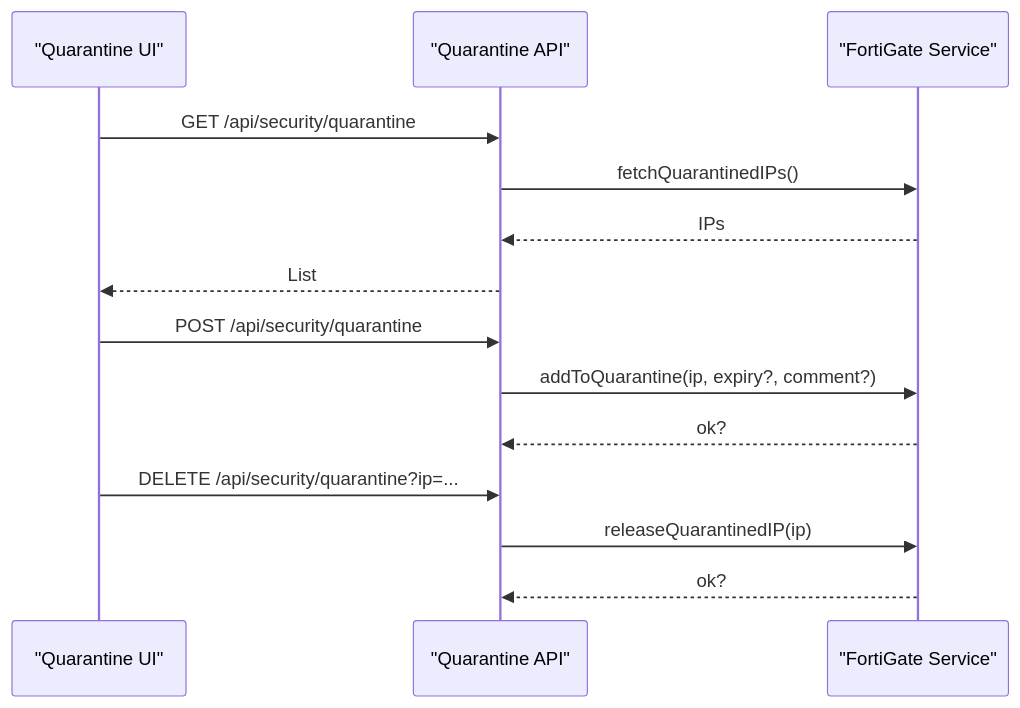
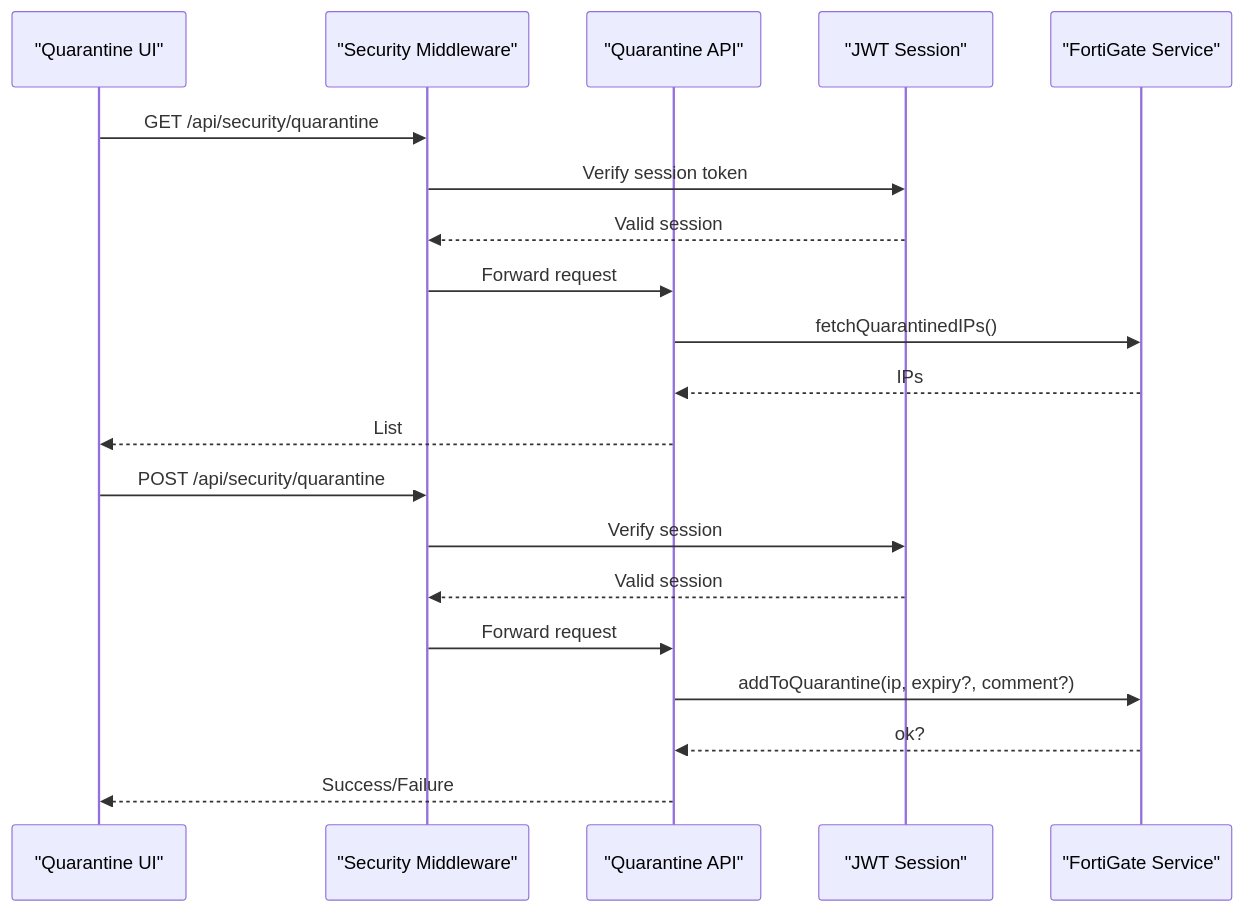
One commit to celebigilfatih/infrascope changed the seventh of 10 diagrams in .qoder/repowiki/en/content/Security Management/Security Management.md. Above: the diagram before and after it, drawn with Mermaid. The commit also changed other lines of this file and 12 other files, not shown here.

First line of the commit message:
feat(api): add authentication, license management, and enhanced security middleware

````diff
--- a/.qoder/repowiki/en/content/Security Management/Security Management.md
+++ b/.qoder/repowiki/en/content/Security Management/Security Management.md
@@ -188,16 +351,22 @@
 ```mermaid
 sequenceDiagram
 participant UI as "Quarantine UI"
+participant MW as "Security Middleware"
 participant API as "Quarantine API"
+participant Session as "JWT Session"
 participant FG as "FortiGate Service"
-UI->>API : GET /api/security/quarantine
+UI->>MW : GET /api/security/quarantine
+MW->>Session : Verify session token
+Session-->>MW : Valid session
+MW->>API : Forward request
 API->>FG : fetchQuarantinedIPs()
 FG-->>API : IPs
 API-->>UI : List
-UI->>API : POST /api/security/quarantine
+UI->>MW : POST /api/security/quarantine
+MW->>Session : Verify session
+Session-->>MW : Valid session
+MW->>API : Forward request
 API->>FG : addToQuarantine(ip, expiry?, comment?)
 FG-->>API : ok?
-UI->>API : DELETE /api/security/quarantine?ip=...
-API->>FG : releaseQuarantinedIP(ip)
-FG-->>API : ok?
+API-->>UI : Success/Failure
 ```
````
